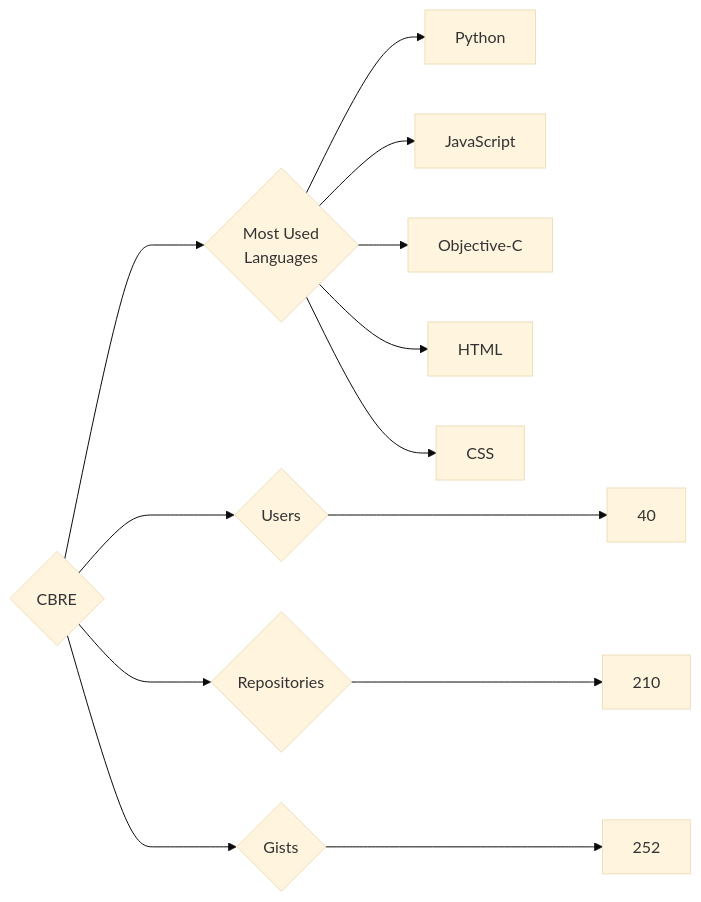
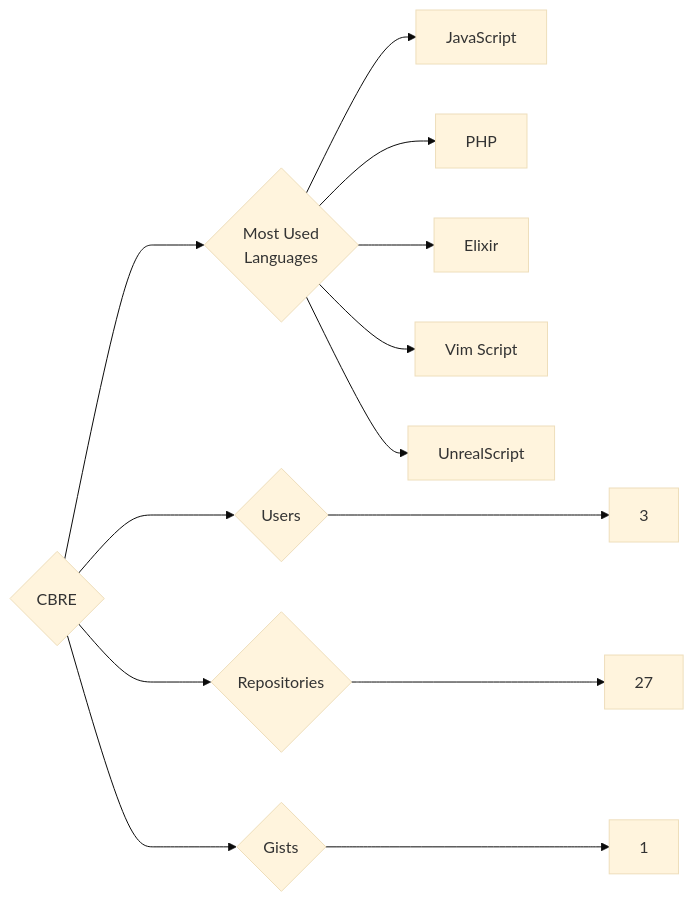
The diagram in targets/CBRE/README.md (trickest/insiders), drawn with Mermaid (base theme) before and after one commit. The commit also changed 553 other files, not shown here.

````diff
--- a/targets/CBRE/README.md
+++ b/targets/CBRE/README.md
@@ -3,13 +3,13 @@
 ```mermaid
 graph LR
 COMPANY_NAME{CBRE}
-COMPANY_NAME ---> U{Users} ---> UN[40]
-COMPANY_NAME ---> R{Repositories} ---> RN[210]
-COMPANY_NAME ---> G{Gists} ---> GN[252]
+COMPANY_NAME ---> U{Users} ---> UN[3]
+COMPANY_NAME ---> R{Repositories} ---> RN[27]
+COMPANY_NAME ---> G{Gists} ---> GN[1]
 COMPANY_NAME ---> ML{Most Used<br>Languages}
-ML --> Python[Python]
 ML --> JavaScript[JavaScript]
-ML --> Objective-C[Objective-C]
-ML --> HTML[HTML]
-ML --> CSS[CSS]
+ML --> PHP[PHP]
+ML --> Elixir[Elixir]
+ML --> Vim_Script[Vim Script]
+ML --> UnrealScript[UnrealScript]
 ```
````
